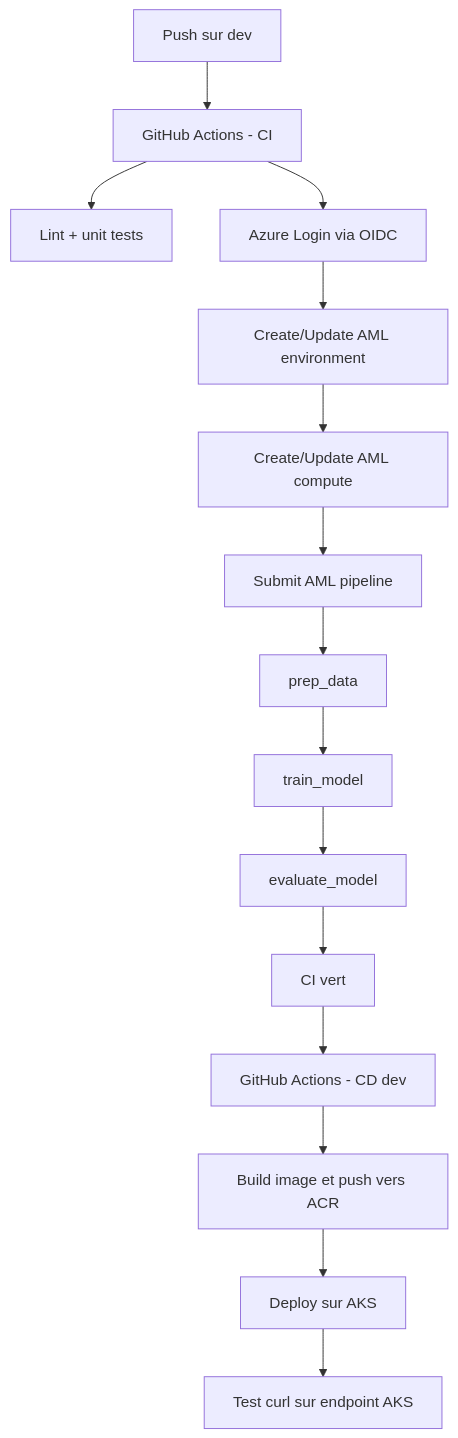
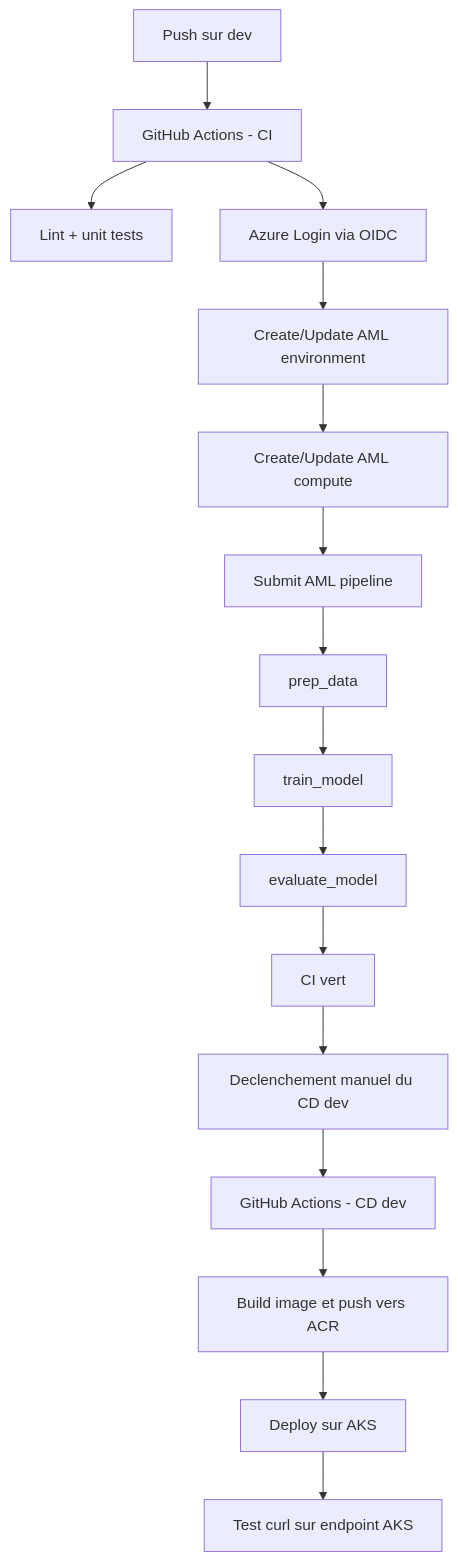
Before and after one commit to ssime-git/mlops-azure-lab: the first of 4 diagrams in lab/jour3.md, drawn with Mermaid. The commit also changed other lines of this file, not shown here.

````diff
--- a/lab/jour3.md
+++ b/lab/jour3.md
@@ -72,17 +72,18 @@
 ```mermaid
 flowchart TD
     A[Push sur dev] --> B[GitHub Actions - CI]
     B --> C[Lint + unit tests]
     B --> D[Azure Login via OIDC]
     D --> E[Create/Update AML environment]
     E --> F[Create/Update AML compute]
     F --> G[Submit AML pipeline]
     G --> H[prep_data]
     H --> I[train_model]
     I --> J[evaluate_model]
     J --> K[CI vert]
-    K --> L[GitHub Actions - CD dev]
-    L --> M[Build image et push vers ACR]
-    M --> N[Deploy sur AKS]
-    N --> O[Test curl sur endpoint AKS]
+    K --> L[Declenchement manuel du CD dev]
+    L --> M[GitHub Actions - CD dev]
+    M --> N[Build image et push vers ACR]
+    N --> O[Deploy sur AKS]
+    O --> P[Test curl sur endpoint AKS]
 ```
````
